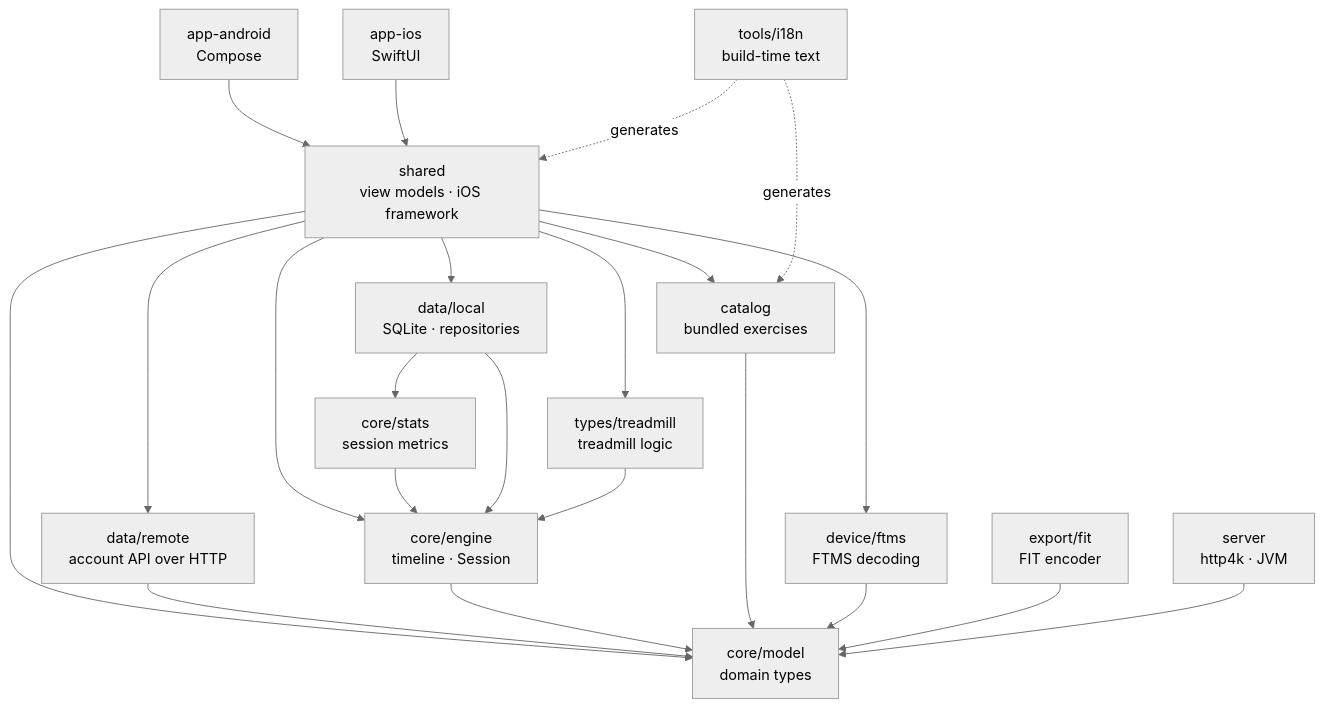
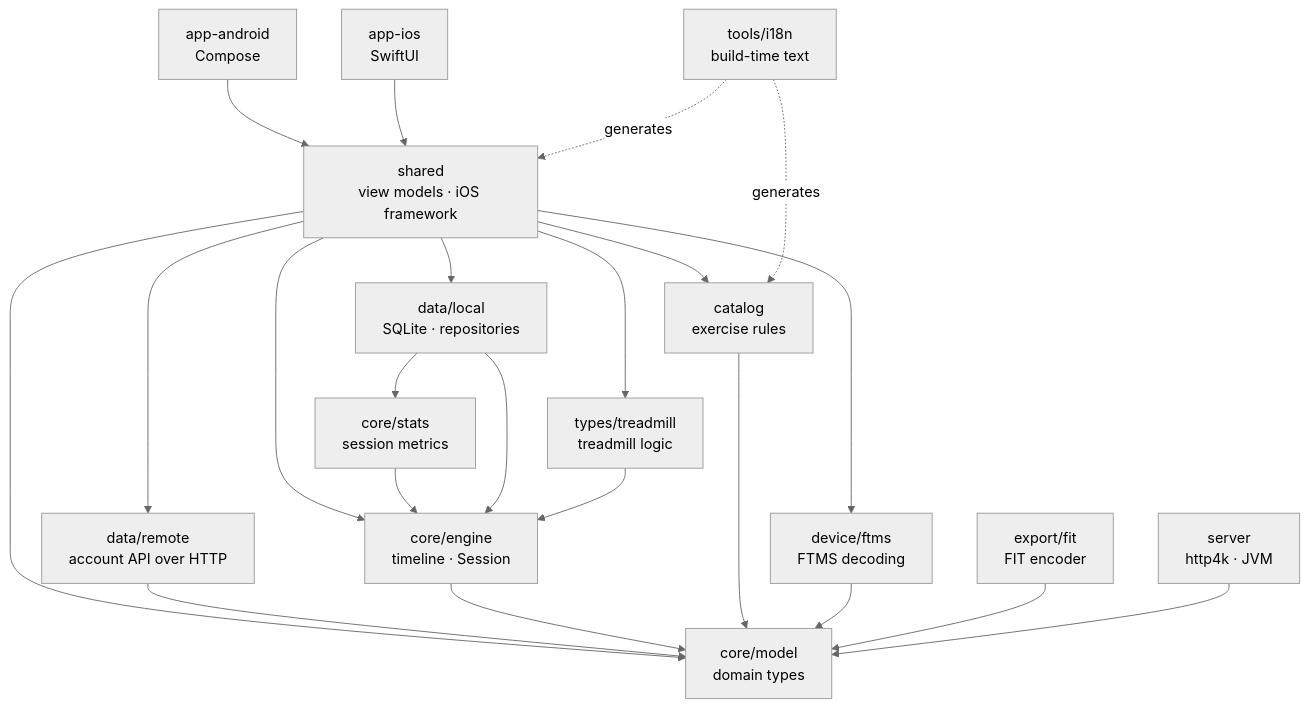
Before and after one commit to tkint/coach-poulpy: the third of 4 diagrams in docs/architecture.md, drawn with Mermaid (neutral theme). The commit also changed 68 other files, not shown here.

First line of the commit message:
feat(catalog): remove the bundled catalog, the server database is the source (#451)

````diff
--- a/docs/architecture.md
+++ b/docs/architecture.md
@@ -95,39 +95,39 @@
 ```mermaid
 flowchart TD
     android["app-android<br/>Compose"]
     ios["app-ios<br/>SwiftUI"]
     shared["shared<br/>view models · iOS framework"]
     model["core/model<br/>domain types"]
     engine["core/engine<br/>timeline · Session"]
-    catalog["catalog<br/>bundled exercises"]
+    catalog["catalog<br/>exercise rules"]
     local["data/local<br/>SQLite · repositories"]
     remote["data/remote<br/>account API over HTTP"]
     ftms["device/ftms<br/>FTMS decoding"]
     treadmill["types/treadmill<br/>treadmill logic"]
     stats["core/stats<br/>session metrics"]
     fit["export/fit<br/>FIT encoder"]
     i18n["tools/i18n<br/>build-time text"]
     server["server<br/>http4k · JVM"]
 
     android --> shared
     ios --> shared
     shared --> model
     shared --> engine
     shared --> catalog
     shared --> local
     shared --> remote
     shared --> ftms
     shared --> treadmill
     remote --> model
     engine --> model
     stats --> engine
     local --> stats
     local --> engine
     catalog --> model
     ftms --> model
     treadmill --> engine
     fit --> model
     i18n -. generates .-> catalog
     i18n -. generates .-> shared
     server --> model
 ```
````
